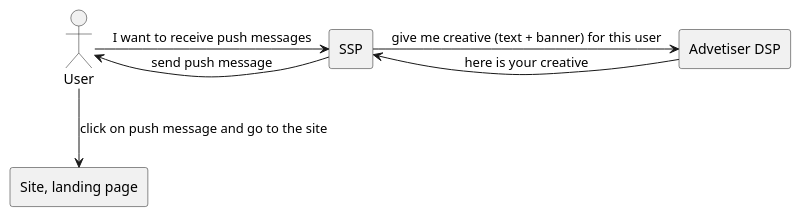
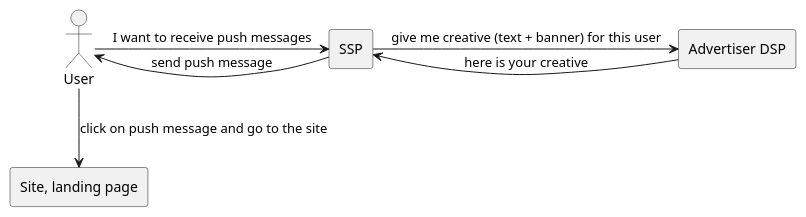
The diagram in diagrams/big-picture.plantuml (bloogrox/ssp-campaigns), drawn with PlantUML before and after one commit.

```diff
--- a/diagrams/big-picture.plantuml
+++ b/diagrams/big-picture.plantuml
@@ -1,14 +1,14 @@
 @startuml
 
 actor User
 rectangle "SSP" as pushw
-rectangle "Advetiser DSP" as dsp
+rectangle "Advertiser DSP" as dsp
 rectangle "Site, landing page" as landing
 
 User -> pushw: "I want to receive push messages"
 pushw -> dsp: "give me creative (text + banner) for this user"
 dsp -> pushw: "here is your creative"
 pushw -> User: "send push message"
 User --> landing: "click on push message and go to the site"
 
 @enduml
```
